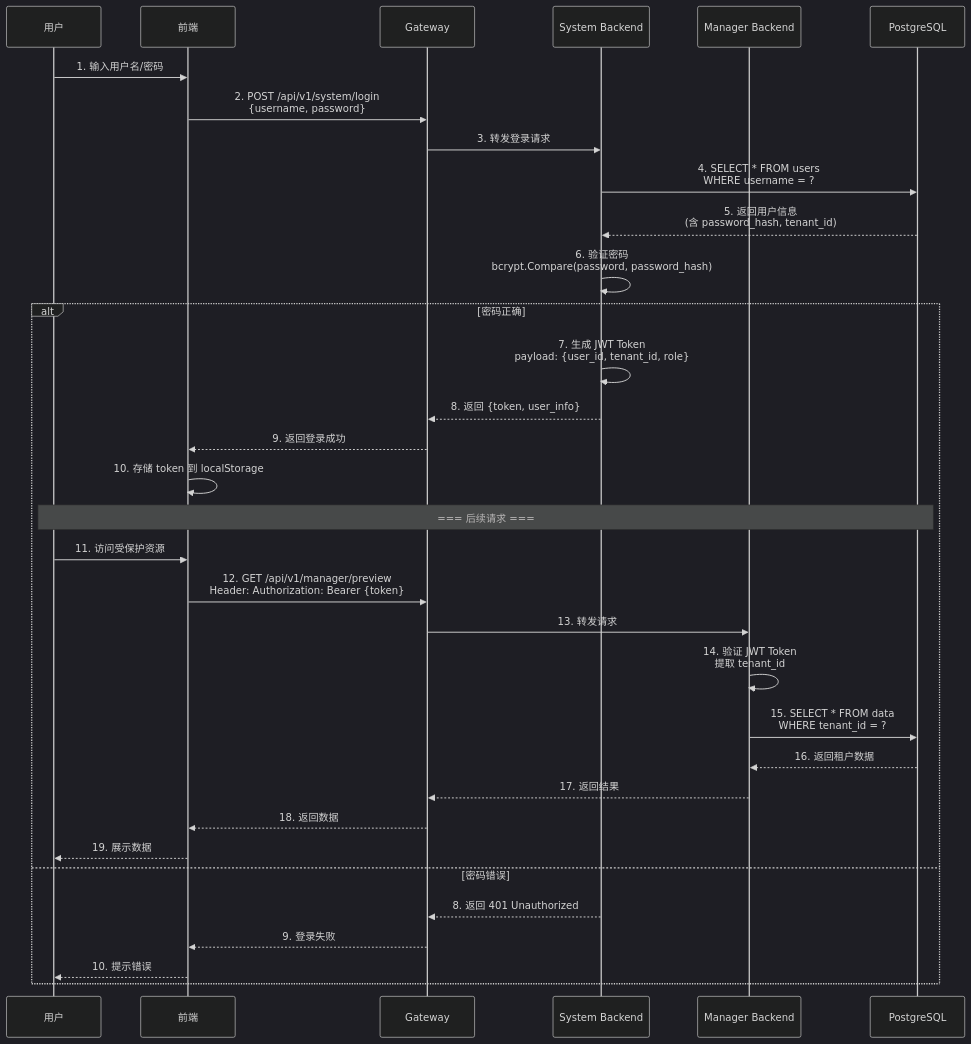
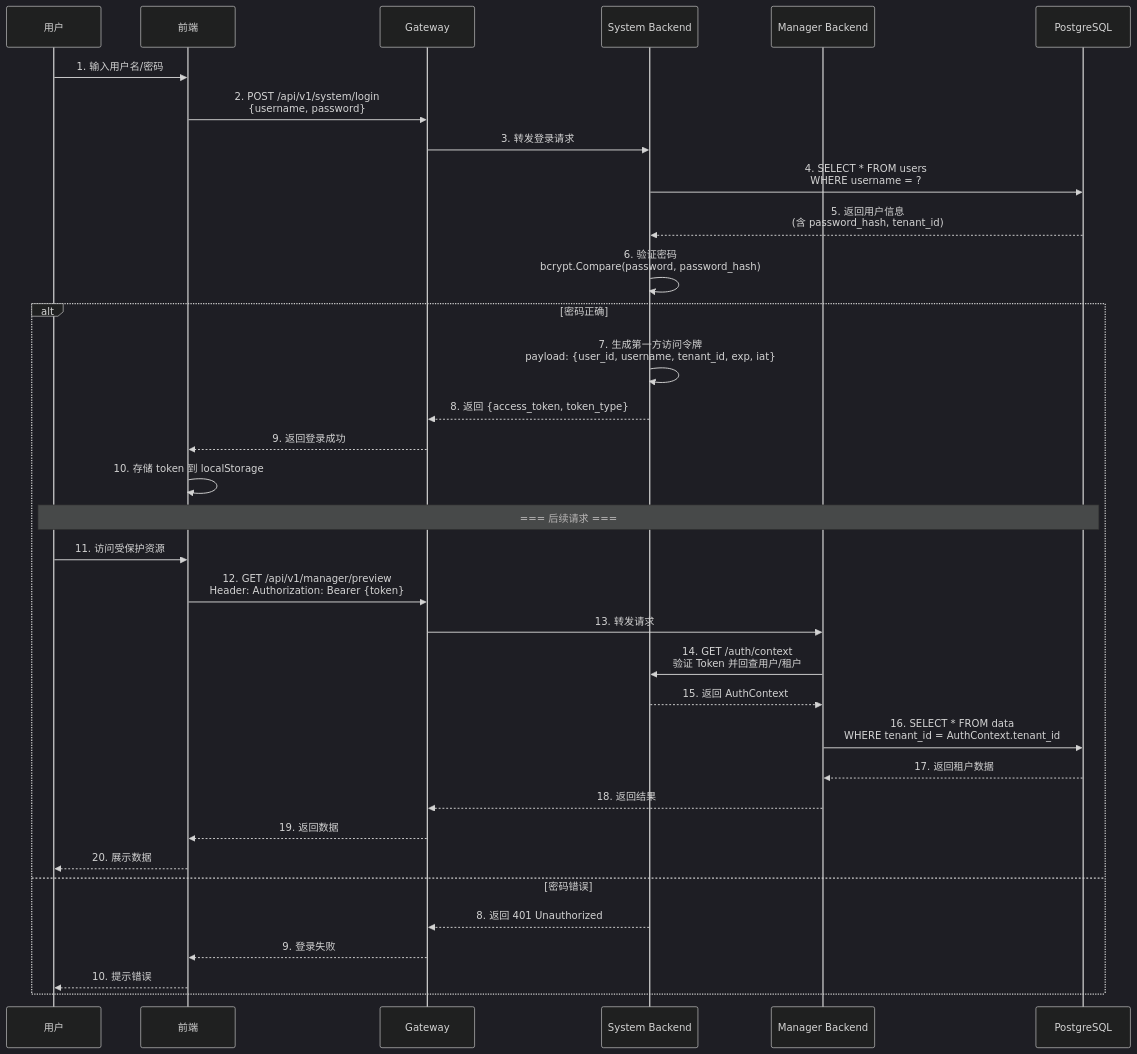
One commit to pampa0629/addp changed the third of 3 diagrams in docs/concepts/addp账号与权限体系图.md. Above: the diagram before and after it, drawn with Mermaid (dark theme). The commit also changed other lines of this file and 377 other files, not shown here.

````diff
--- a/docs/concepts/addp账号与权限体系图.md
+++ b/docs/concepts/addp账号与权限体系图.md
@@ -180,39 +181,40 @@
 ```mermaid
 sequenceDiagram
     participant User as 用户
     participant Frontend as 前端
     participant Gateway as Gateway
     participant System as System Backend
     participant Manager as Manager Backend
     participant DB as PostgreSQL
 
     User->>Frontend: 1. 输入用户名/密码
     Frontend->>Gateway: 2. POST /api/v1/system/login<br/>{username, password}
     Gateway->>System: 3. 转发登录请求
     System->>DB: 4. SELECT * FROM users<br/>WHERE username = ?
     DB-->>System: 5. 返回用户信息<br/>(含 password_hash, tenant_id)
     System->>System: 6. 验证密码<br/>bcrypt.Compare(password, password_hash)
 
     alt 密码正确
-        System->>System: 7. 生成 JWT Token<br/>payload: {user_id, tenant_id, role}
-        System-->>Gateway: 8. 返回 {token, user_info}
+        System->>System: 7. 生成第一方访问令牌<br/>payload: {user_id, username, tenant_id, exp, iat}
+        System-->>Gateway: 8. 返回 {access_token, token_type}
         Gateway-->>Frontend: 9. 返回登录成功
         Frontend->>Frontend: 10. 存储 token 到 localStorage
 
         Note over User,DB: === 后续请求 ===
 
         User->>Frontend: 11. 访问受保护资源
         Frontend->>Gateway: 12. GET /api/v1/manager/preview<br/>Header: Authorization: Bearer {token}
         Gateway->>Manager: 13. 转发请求
-        Manager->>Manager: 14. 验证 JWT Token<br/>提取 tenant_id
-        Manager->>DB: 15. SELECT * FROM data<br/>WHERE tenant_id = ?
-        DB-->>Manager: 16. 返回租户数据
-        Manager-->>Gateway: 17. 返回结果
-        Gateway-->>Frontend: 18. 返回数据
-        Frontend-->>User: 19. 展示数据
+        Manager->>System: 14. GET /auth/context<br/>验证 Token 并回查用户/租户
+        System-->>Manager: 15. 返回 AuthContext
+        Manager->>DB: 16. SELECT * FROM data<br/>WHERE tenant_id = AuthContext.tenant_id
+        DB-->>Manager: 17. 返回租户数据
+        Manager-->>Gateway: 18. 返回结果
+        Gateway-->>Frontend: 19. 返回数据
+        Frontend-->>User: 20. 展示数据
     else 密码错误
         System-->>Gateway: 8. 返回 401 Unauthorized
         Gateway-->>Frontend: 9. 登录失败
         Frontend-->>User: 10. 提示错误
     end
 ```
````
